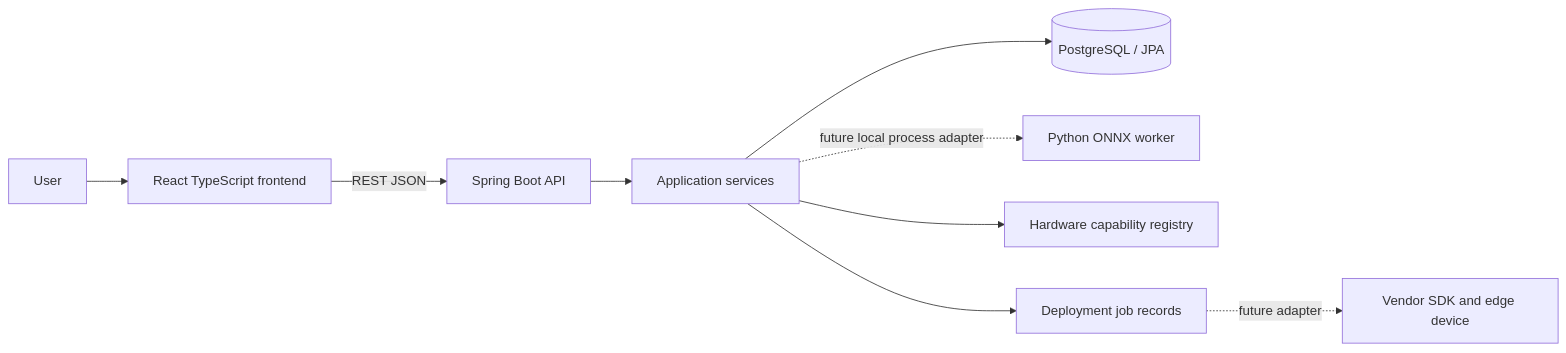
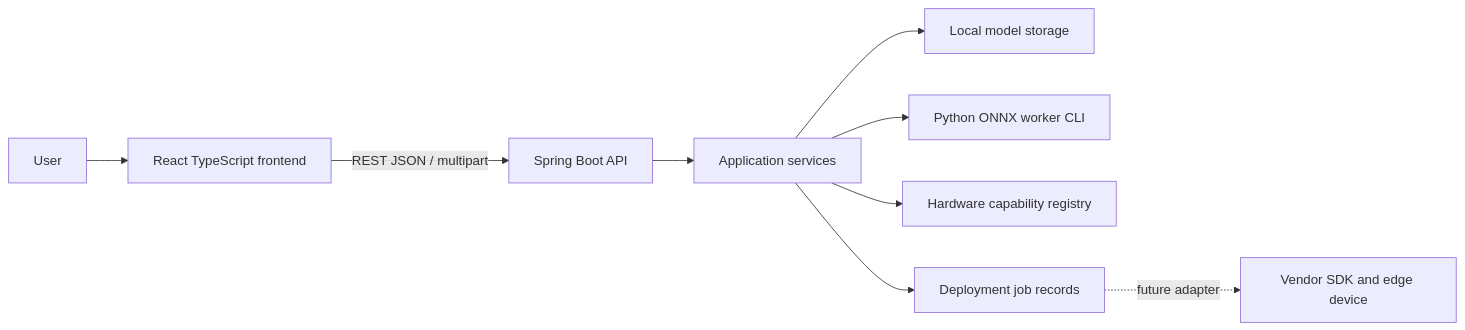
The diagram in docs/architecture.md (jinhongtan/edge-ai-platform), drawn with Mermaid before and after one commit. The commit also changed other lines of this file and 45 other files, not shown here.

````diff
--- a/docs/architecture.md
+++ b/docs/architecture.md
@@ -7,11 +7,11 @@
 ```mermaid
 flowchart LR
   U[User] --> FE[React TypeScript frontend]
-  FE -->|REST JSON| API[Spring Boot API]
+  FE -->|REST JSON / multipart| API[Spring Boot API]
   API --> S[Application services]
-  S --> DB[(PostgreSQL / JPA)]
-  S -. future local process adapter .-> W[Python ONNX worker]
+  S --> FS[Local model storage]
+  S --> W[Python ONNX worker CLI]
   S --> H[Hardware capability registry]
   S --> J[Deployment job records]
   J -. future adapter .-> V[Vendor SDK and edge device]
 ```
````
